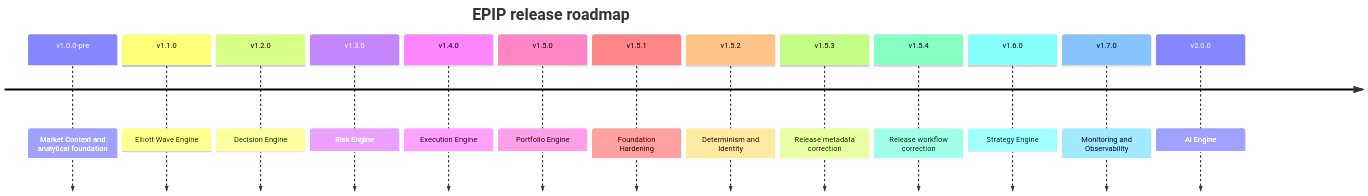
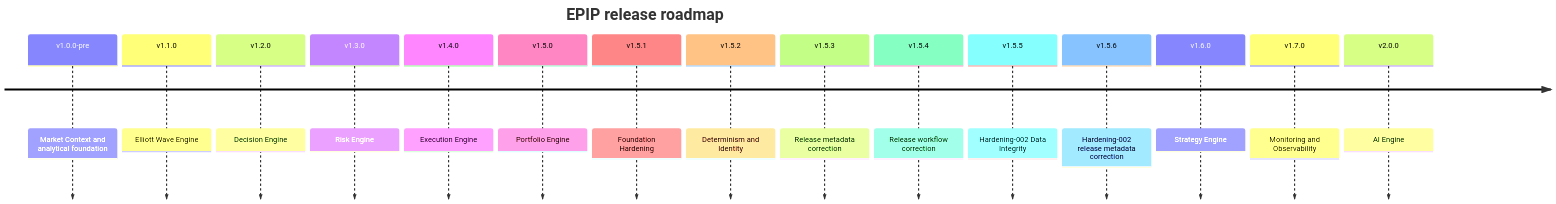
Before and after one commit to AymenBarka/EPIP: the diagram in docs/project/ROADMAP.md, drawn with Mermaid. The commit also changed other lines of this file and 4 other files, not shown here.

Commit message:
fix(release): align Hardening-002 release metadata

````diff
--- a/docs/project/ROADMAP.md
+++ b/docs/project/ROADMAP.md
@@ -3,17 +3,19 @@
 ```mermaid
 timeline
     title EPIP release roadmap
     v1.0.0-pre : Market Context and analytical foundation
     v1.1.0 : Elliott Wave Engine
     v1.2.0 : Decision Engine
     v1.3.0 : Risk Engine
     v1.4.0 : Execution Engine
     v1.5.0 : Portfolio Engine
     v1.5.1 : Foundation Hardening
     v1.5.2 : Determinism and Identity
     v1.5.3 : Release metadata correction
     v1.5.4 : Release workflow correction
+    v1.5.5 : Hardening-002 Data Integrity
+    v1.5.6 : Hardening-002 release metadata correction
     v1.6.0 : Strategy Engine
     v1.7.0 : Monitoring and Observability
     v2.0.0 : AI Engine
 ```
````
